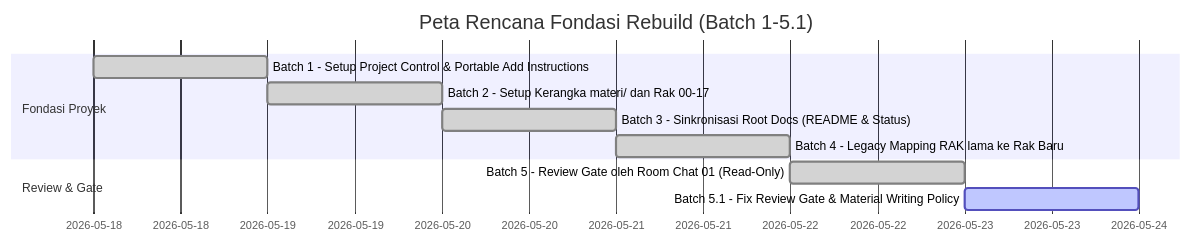
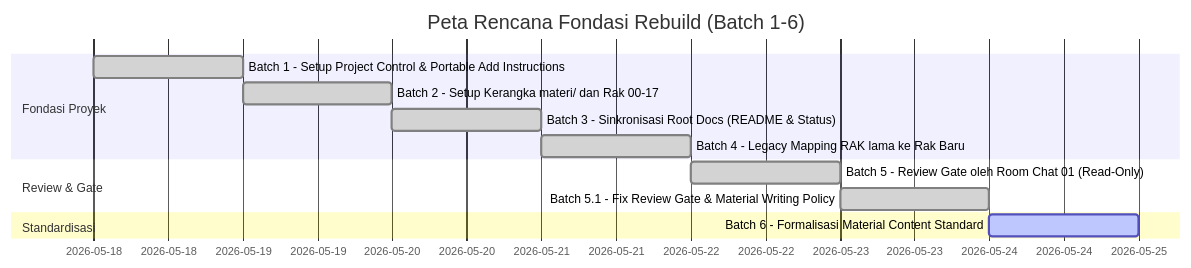
One commit to syahputrawork98-sketch/JavaScript-Learning-Hub changed the diagram in docs/project/roadmap-active.md. Above: the diagram before and after it, drawn with Mermaid. The commit also changed other lines of this file and 5 other files, not shown here.

Commit message:
docs(project): formalize JavaScript material content standard

````diff
--- a/docs/project/roadmap-active.md
+++ b/docs/project/roadmap-active.md
@@ -9,13 +9,15 @@
 ```mermaid
 gantt
-    title Peta Rencana Fondasi Rebuild (Batch 1-5.1)
+    title Peta Rencana Fondasi Rebuild (Batch 1-6)
     dateFormat  YYYY-MM-DD
     section Fondasi Proyek
     Batch 1 - Setup Project Control & Portable Add Instructions :done, des1, 2026-05-18, 1d
     Batch 2 - Setup Kerangka materi/ dan Rak 00-17              :done, des2, after des1, 1d
     Batch 3 - Sinkronisasi Root Docs (README & Status)           :done, des3, after des2, 1d
     Batch 4 - Legacy Mapping RAK lama ke Rak Baru               :done, des4, after des3, 1d
     section Review & Gate
     Batch 5 - Review Gate oleh Room Chat 01 (Read-Only)          :done, des5, after des4, 1d
-    Batch 5.1 - Fix Review Gate & Material Writing Policy        :active, des6, after des5, 1d
+    Batch 5.1 - Fix Review Gate & Material Writing Policy        :done, des6, after des5, 1d
+    section Standardisasi
+    Batch 6 - Formalisasi Material Content Standard              :active, des7, after des6, 1d
 ```
````
